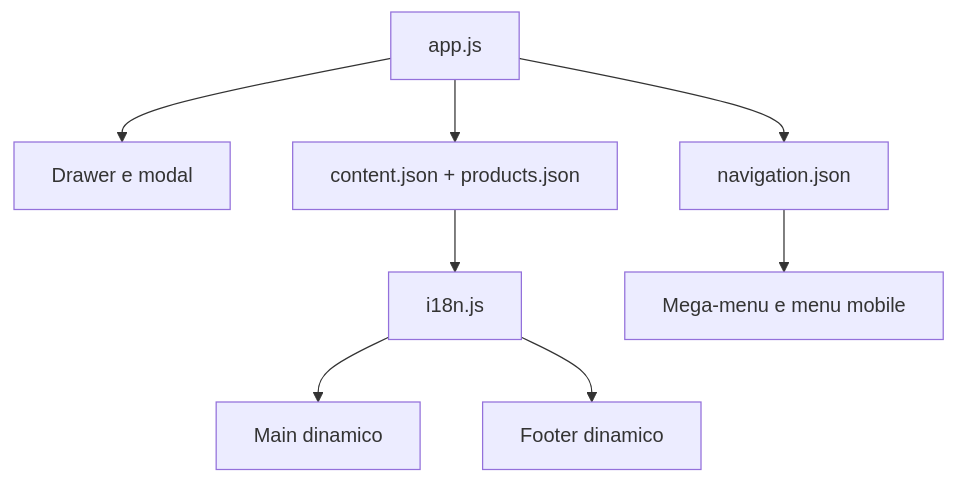
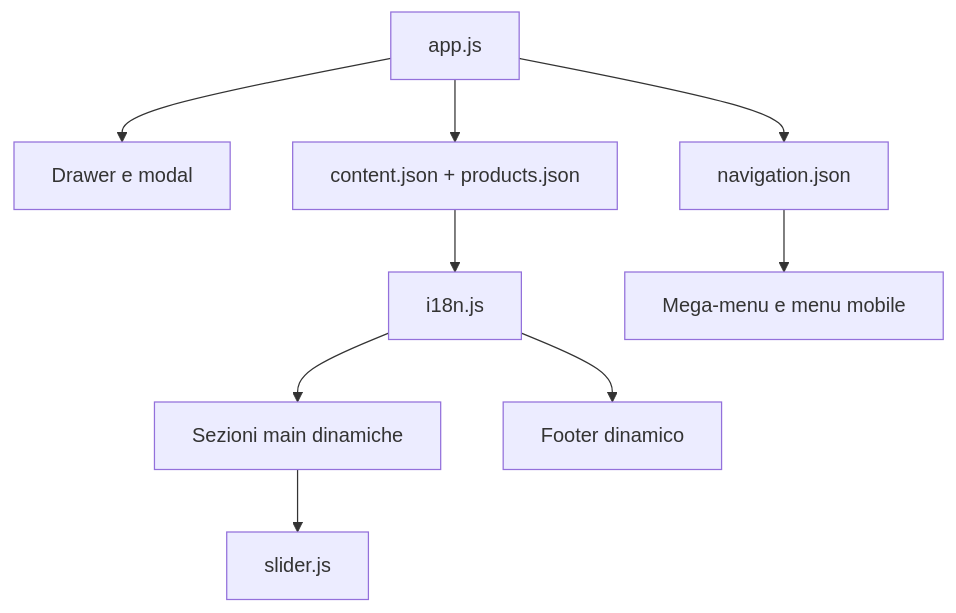
One commit to jellero/space1999 changed the diagram in docs/ARCHITECTURE.md. Above: the diagram before and after it, drawn with Mermaid. The commit also changed other lines of this file and 13 other files, not shown here.

````diff
--- a/docs/ARCHITECTURE.md
+++ b/docs/ARCHITECTURE.md
@@ -9,10 +9,11 @@
 ```mermaid
 flowchart TD
     A[app.js] --> B[Drawer e modal]
     A --> C[content.json + products.json]
     A --> D[navigation.json]
     C --> E[i18n.js]
-    E --> F[Main dinamico]
+    E --> F[Sezioni main dinamiche]
     E --> G[Footer dinamico]
     D --> H[Mega-menu e menu mobile]
+    F --> I[slider.js]
 ```
````
